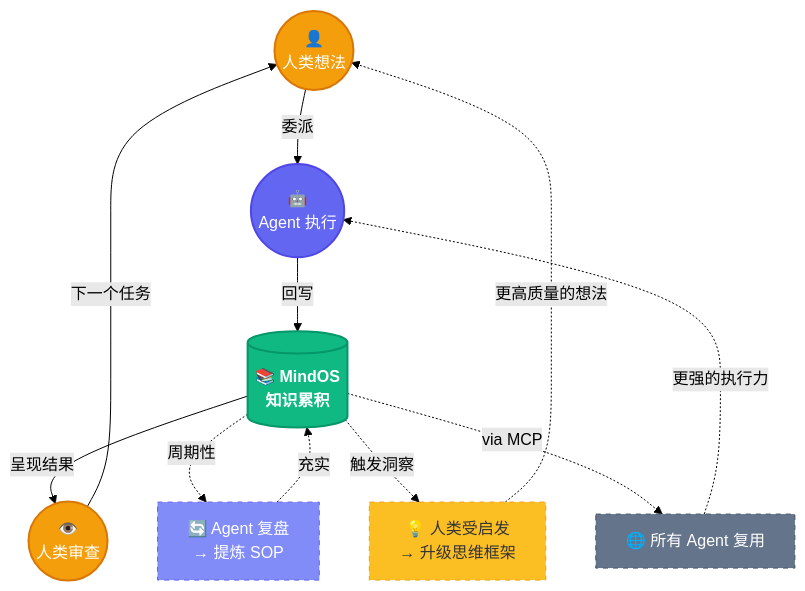
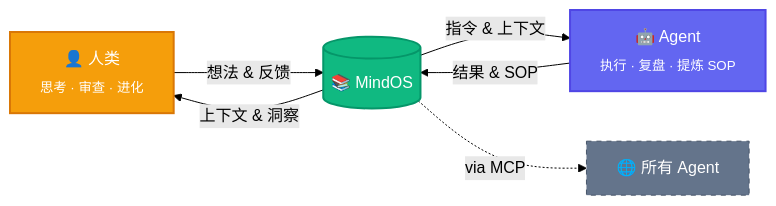
One commit to ShinnChow/MindOS changed the diagram in README_zh.md. Above: the diagram before and after it, drawn with Mermaid (forest theme). The commit also changed other lines of this file and 5 other files, not shown here.

````diff
--- a/README_zh.md
+++ b/README_zh.md
@@ -75,32 +79,18 @@
 ```mermaid
-graph TB
-    H(("👤<br/>人类想法"))
-    A(("🤖<br/>Agent 执行"))
-    M[("📚 MindOS<br/>知识累积")]
-    R(("👁️<br/>人类审查"))
+graph LR
+    H["👤 人类<br/><sub>思考 · 审查 · 进化</sub>"]
+    M[("📚 MindOS")]
+    A["🤖 Agent<br/><sub>执行 · 复盘 · 提炼 SOP</sub>"]
+    EXT["🌐 所有 Agent"]
 
-    H -- "委派" --> A
-    A -- "回写" --> M
-    M -- "呈现结果" --> R
-    R -- "下一个任务" --> H
-
-    S1["🔄 Agent 复盘<br/>→ 提炼 SOP"]
-    M -. "周期性" .-> S1
-    S1 -. "充实" .-> M
-
-    S2["💡 人类受启发<br/>→ 升级思维框架"]
-    M -. "触发洞察" .-> S2
-    S2 -. "更高质量的想法" .-> H
-
-    EXT["🌐 所有 Agent 复用"]
+    H -- "想法 & 反馈" --> M
+    M -- "上下文 & 洞察" --> H
+    M -- "指令 & 上下文" --> A
+    A -- "结果 & SOP" --> M
     M -. "via MCP" .-> EXT
-    EXT -. "更强的执行力" .-> A
 
     style H fill:#f59e0b,stroke:#d97706,color:#fff,stroke-width:2px
+    style M fill:#10b981,stroke:#059669,color:#fff,stroke-width:2px
     style A fill:#6366f1,stroke:#4f46e5,color:#fff,stroke-width:2px
-    style M fill:#10b981,stroke:#059669,color:#fff,stroke-width:2px,font-weight:bold
-    style R fill:#f59e0b,stroke:#d97706,color:#fff,stroke-width:2px
-    style S1 fill:#818cf8,stroke:#6366f1,color:#fff,stroke-dasharray:5 5
-    style S2 fill:#fbbf24,stroke:#f59e0b,color:#333,stroke-dasharray:5 5
     style EXT fill:#64748b,stroke:#475569,color:#fff,stroke-dasharray:5 5
 ```
````
